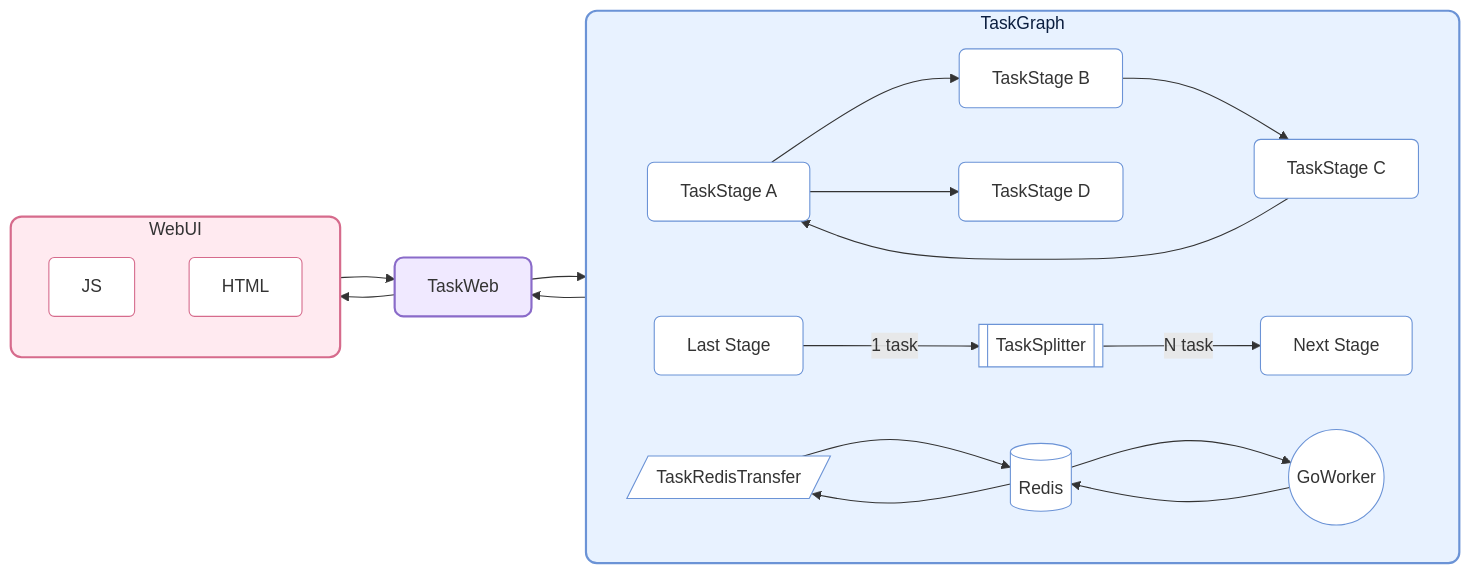
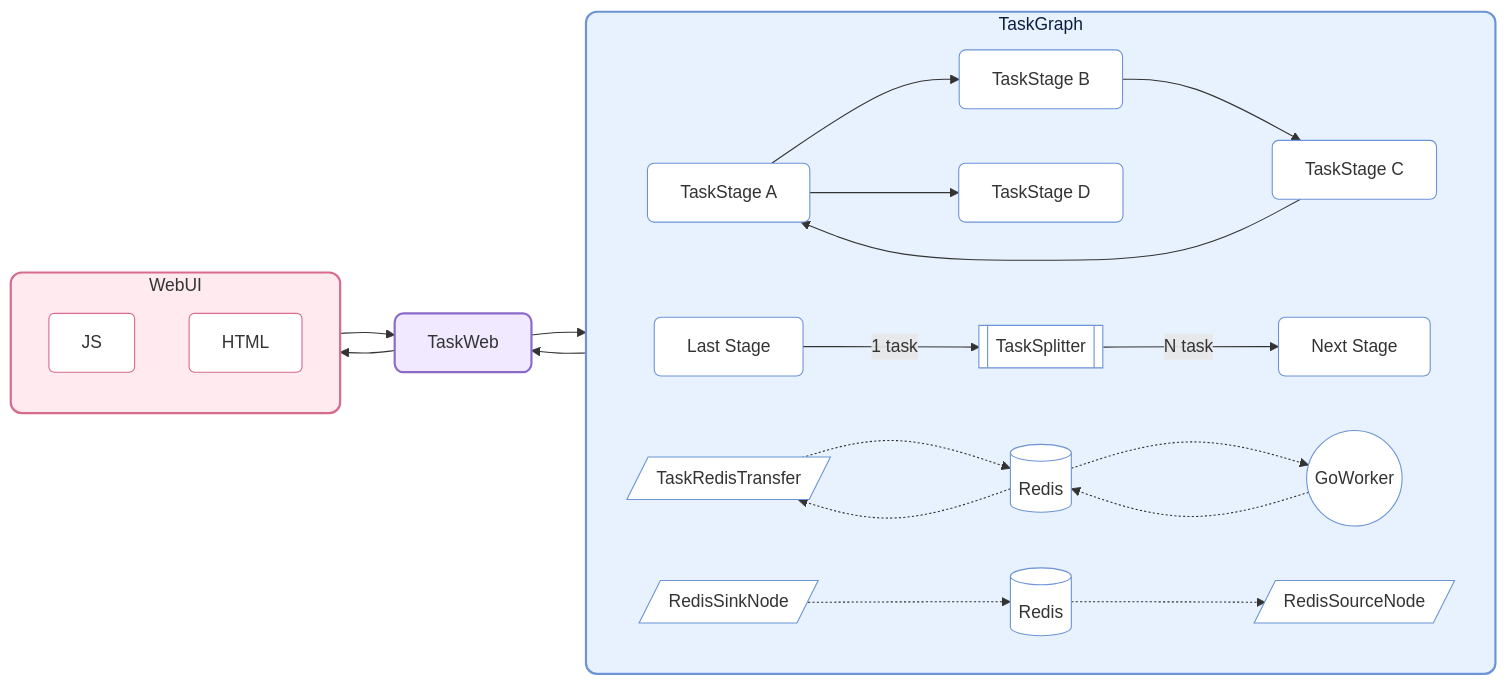
The first of 2 diagrams in README.md (Mr-xiaotian/CelestialFlow), drawn with Mermaid before and after one commit. The commit also changed 2 other files, not shown here.

````diff
--- a/README.md
+++ b/README.md
@@ -39,72 +39,72 @@
 ```mermaid
 flowchart LR
 
     %% ===== TaskGraph =====
     subgraph TG[TaskGraph]
         direction LR
 
         S1[TaskStage A]
         S2[TaskStage B]
         S3[TaskStage C]
         S4[TaskStage D]
 
         T1[Last Stage]
         T2[Next Stage]
 
         TS[[TaskSplitter]]
         TR[/TaskRedisTransfer/]
+        TRSI[/RedisSinkNode/]
+        TRSO[/RedisSourceNode/]
 
-        RE[(Redis)]
+        RE1[(Redis)]
+        RE2[(Redis)]
         G1((GoWorker))
 
         S1 --> S2 --> S3 --> S1
         S1 --> S4
 
         T1 -->|1 task| TS
         TS -->|N task| T2
 
-        TR -->RE --> G1
-        G1 -->RE --> TR
+        TR -.->RE1 -.-> G1
+        G1 -.->RE1 -.-> TR
+
+        TRSI -.-> RE2 -.->  TRSO
 
     end
 
     %% 美化 TaskGraph 外框
     style TG fill:#e8f2ff,stroke:#6b93d6,stroke-width:2px,color:#0b1e3f,rx:10px,ry:10px
 
+    classDef blueNode fill:#ffffff,stroke:#6b93d6,rx:6px,ry:6px;
+
     %% 美化 TaskStages
-    style S1 fill:#ffffff,stroke:#6b93d6,rx:6px,ry:6px
-    style S2 fill:#ffffff,stroke:#6b93d6,rx:6px,ry:6px
-    style S3 fill:#ffffff,stroke:#6b93d6,rx:6px,ry:6px
-    style S4 fill:#ffffff,stroke:#6b93d6,rx:6px,ry:6px
-    
-    style T1 fill:#ffffff,stroke:#6b93d6,rx:6px,ry:6px
-    style T2 fill:#ffffff,stroke:#6b93d6,rx:6px,ry:6px
+    class S1,S2,S3,S4 blueNode;
+    class T1,T2 blueNode;
 
     %% 美化 特殊Stage
-    style TS fill:#ffffff,stroke:#6b93d6,rx:6px,ry:6px
-    style TR fill:#ffffff,stroke:#6b93d6,rx:6px,ry:6px
+    class TS,TR,TRSI,TRSO blueNode;
 
     %% 美化 外部结构
-    style RE fill:#ffffff,stroke:#6b93d6,rx:6px,ry:6px
-    style G1 fill:#ffffff,stroke:#6b93d6,rx:6px,ry:6px
+    class RE1,RE2,G1 blueNode;
 
     %% ===== WebUI =====
     subgraph W[WebUI]
         JS
         HTML
     end
 
     style W fill:#ffeaf0,stroke:#d66b8c,stroke-width:2px,rx:10px,ry:10px
     style JS fill:#ffffff,stroke:#d66b8c,rx:5px,ry:5px
     style HTML fill:#ffffff,stroke:#d66b8c,rx:5px,ry:5px
 
     R[TaskWeb]
     style R fill:#f0e9ff,stroke:#8a6bc9,stroke-width:2px,rx:8px,ry:8px
 
     %% ===== Links =====
     TG --> R 
     R --> TG 
     R --> W
     W --> R
 
 ```
````
